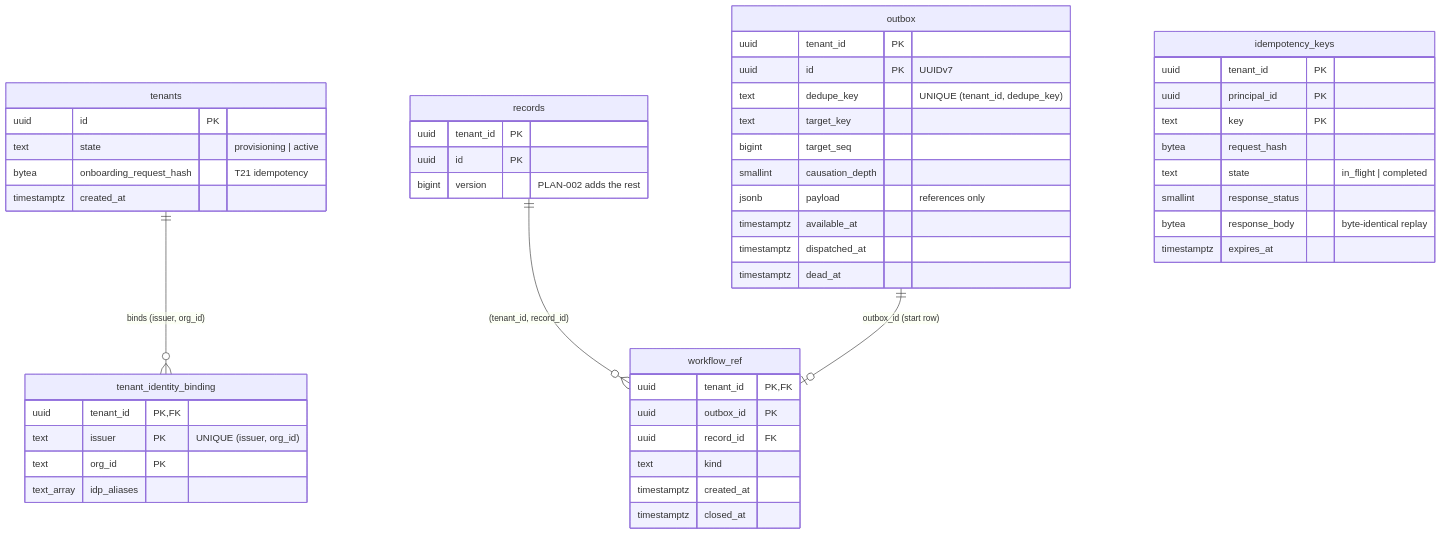
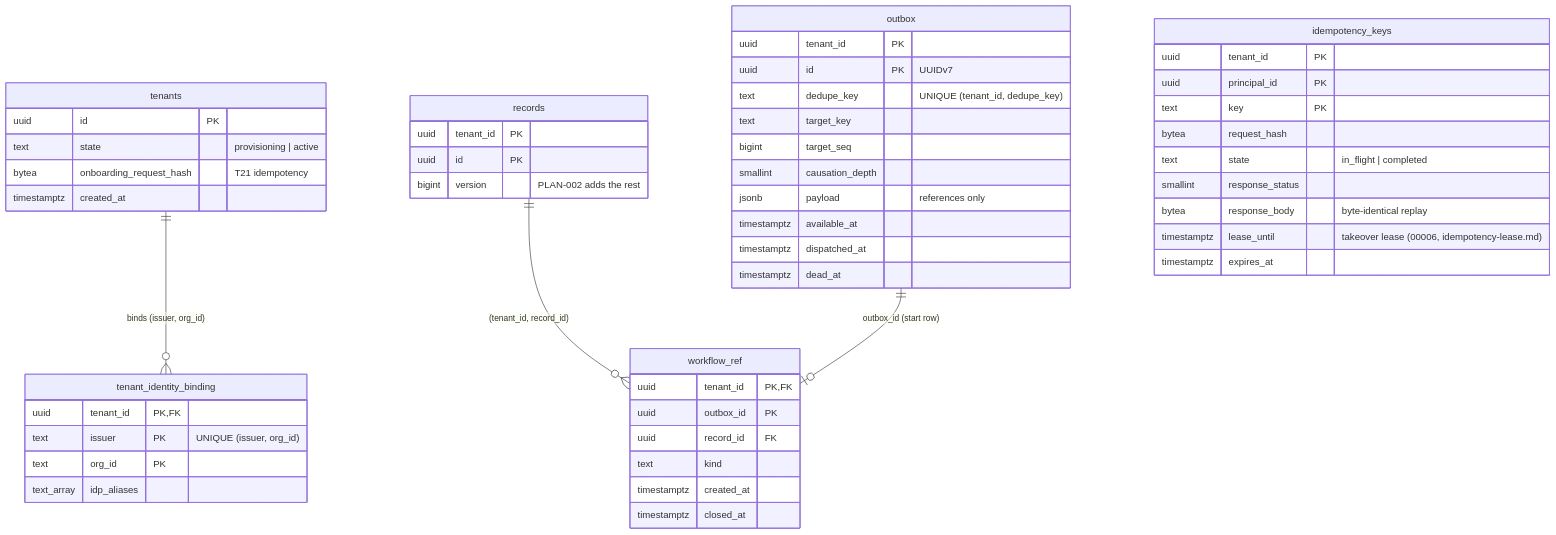
The diagram in docs/data/platform-tables.md (Navaladi2019/TicketingSystem), drawn with Mermaid before and after one commit. The commit also changed 13 other files, not shown here.

First line of the commit message:
T22a: idempotency lease nava_app can extend; takeovers no longer hold a connection (TICK-212)

````diff
--- a/docs/data/platform-tables.md
+++ b/docs/data/platform-tables.md
@@ -9,54 +9,55 @@
 ```mermaid
 erDiagram
     tenants ||--o{ tenant_identity_binding : "binds (issuer, org_id)"
     records ||--o{ workflow_ref : "(tenant_id, record_id)"
     outbox ||--o| workflow_ref : "outbox_id (start row)"
 
     tenants {
         uuid id PK
         text state "provisioning | active"
         bytea onboarding_request_hash "T21 idempotency"
         timestamptz created_at
     }
     tenant_identity_binding {
         uuid tenant_id PK,FK
         text issuer PK "UNIQUE (issuer, org_id)"
         text org_id PK
         text_array idp_aliases
     }
     records {
         uuid tenant_id PK
         uuid id PK
         bigint version "PLAN-002 adds the rest"
     }
     outbox {
         uuid tenant_id PK
         uuid id PK "UUIDv7"
         text dedupe_key "UNIQUE (tenant_id, dedupe_key)"
         text target_key
         bigint target_seq
         smallint causation_depth
         jsonb payload "references only"
         timestamptz available_at
         timestamptz dispatched_at
         timestamptz dead_at
     }
     workflow_ref {
         uuid tenant_id PK,FK
         uuid outbox_id PK
         uuid record_id FK
         text kind
         timestamptz created_at
         timestamptz closed_at
     }
     idempotency_keys {
         uuid tenant_id PK
         uuid principal_id PK
         text key PK
         bytea request_hash
         text state "in_flight | completed"
         smallint response_status
         bytea response_body "byte-identical replay"
+        timestamptz lease_until "takeover lease (00006, idempotency-lease.md)"
         timestamptz expires_at
     }
 ```
````
